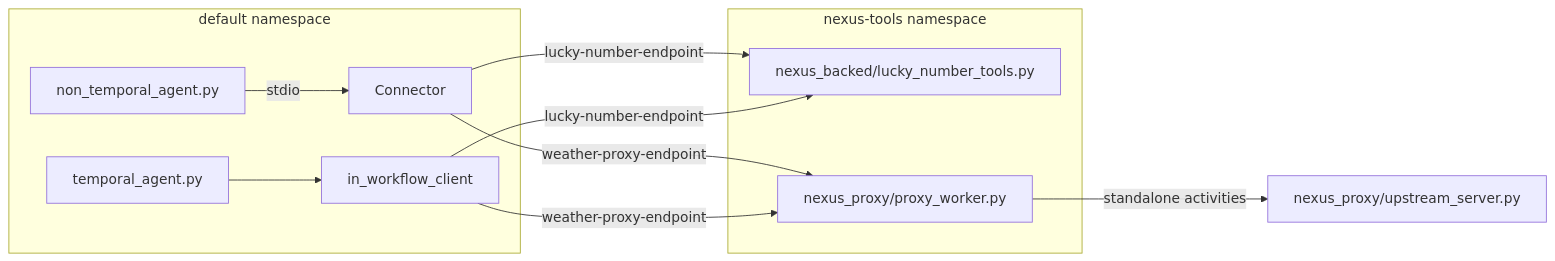
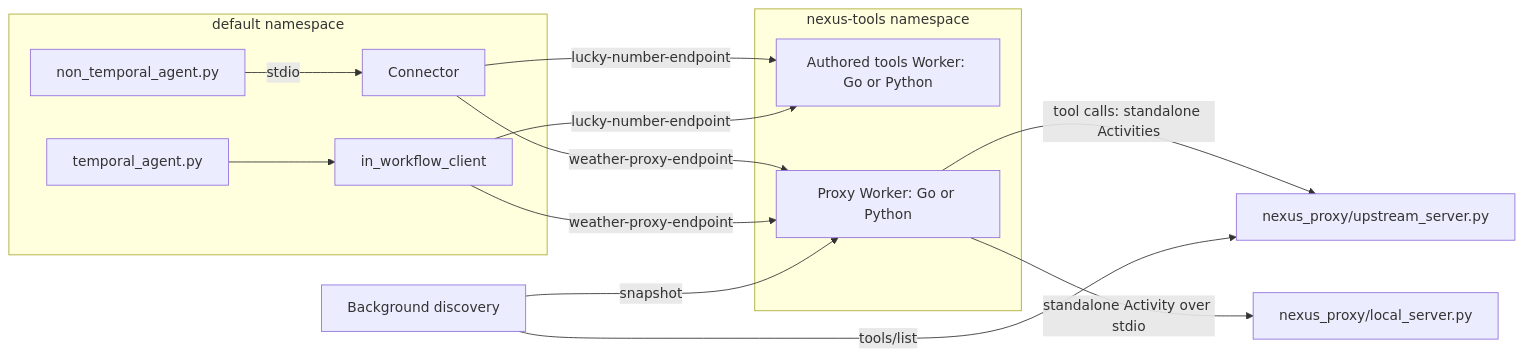
One commit to long-nt-tran/durable-mcp-connector changed the first of 2 diagrams in examples/README.md. Above: the diagram before and after it, drawn with Mermaid. The commit also changed other lines of this file and 102 other files, not shown here.

````diff
--- a/examples/README.md
+++ b/examples/README.md
@@ -36,17 +51,20 @@
 ```mermaid
 flowchart LR
   subgraph Default["default namespace"]
     NT["non_temporal_agent.py"] -->|"stdio"| K["Connector"]
     TA["temporal_agent.py"] --> A["in_workflow_client"]
   end
   subgraph tools["nexus-tools namespace"]
-    S["nexus_backed/lucky_number_tools.py"]
-    P["nexus_proxy/proxy_worker.py"]
+    S["Authored tools Worker: Go or Python"]
+    P["Proxy Worker: Go or Python"]
   end
   U["nexus_proxy/upstream_server.py"]
   K -->|"lucky-number-endpoint"| S
   A -->|"lucky-number-endpoint"| S
   K -->|"weather-proxy-endpoint"| P
   A -->|"weather-proxy-endpoint"| P
-  P -->|"standalone activities"| U
+  P -->|"tool calls: standalone Activities"| U
+  D["Background discovery"] -->|"tools/list"| U
+  D -->|"snapshot"| P
+  P -->|"standalone Activity over stdio"| L["nexus_proxy/local_server.py"]
 ```
````
